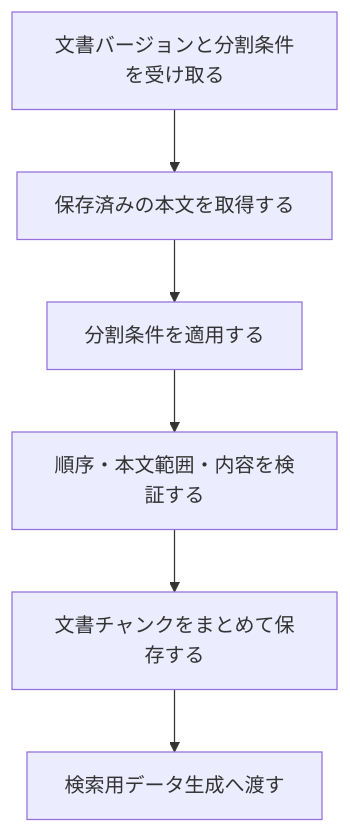
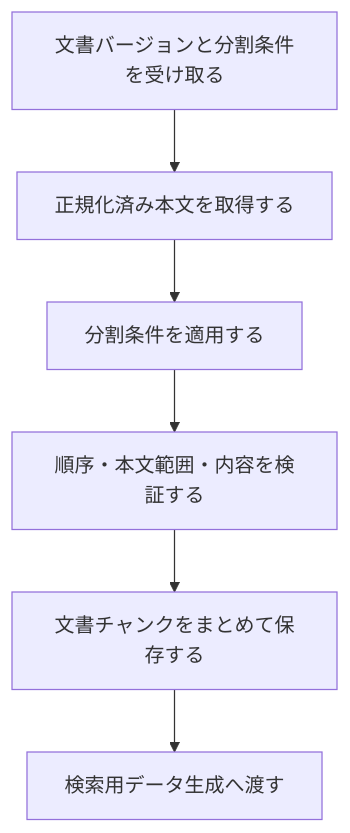
One commit to takashit16833/RAGScope changed the diagram in project-docs/design/domains/documents/文書チャンク化設計.md. Above: the diagram before and after it, drawn with Mermaid. The commit also changed other lines of this file and 6 other files, not shown here.

````diff
--- a/project-docs/design/domains/documents/文書チャンク化設計.md
+++ b/project-docs/design/domains/documents/文書チャンク化設計.md
@@ -39,11 +39,11 @@
 ```mermaid
 flowchart TD
     Receive["文書バージョンと分割条件を受け取る"]
-    Load["保存済みの本文を取得する"]
+    Load["正規化済み本文を取得する"]
     Split["分割条件を適用する"]
     Validate["順序・本文範囲・内容を検証する"]
     Save["文書チャンクをまとめて保存する"]
     Handoff["検索用データ生成へ渡す"]
 
     Receive --> Load --> Split --> Validate --> Save --> Handoff
 ```
````
